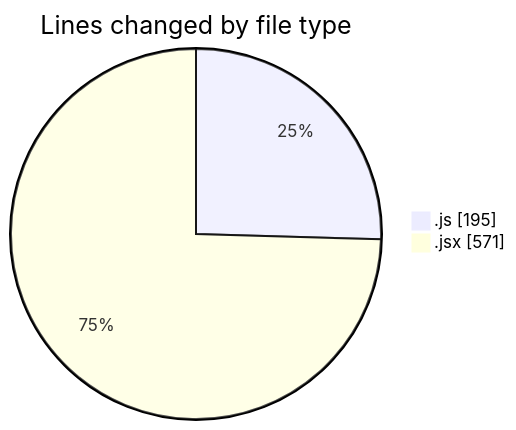
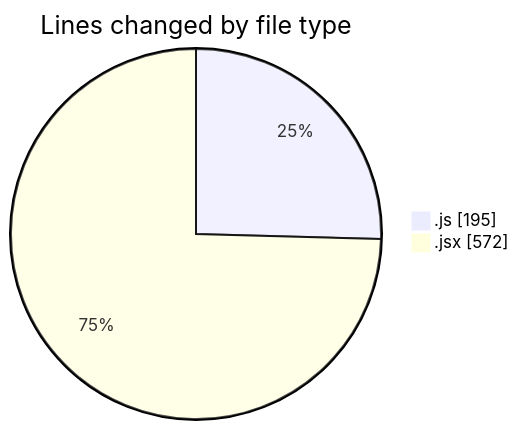
Before and after one commit to nxtqubesakshisongat/code-tracking: the first of 2 diagrams in 2025-06-07/nxtqube_webapp/README.md, drawn with Mermaid. The commit also changed other lines of this file and 1 other file, not shown here.

````diff
--- a/2025-06-07/nxtqube_webapp/README.md
+++ b/2025-06-07/nxtqube_webapp/README.md
@@ -23,6 +23,6 @@
 ```mermaid
 pie showData
 title Lines changed by file type
 ".js" : 195
-".jsx" : 571
+".jsx" : 572
 ```
````
